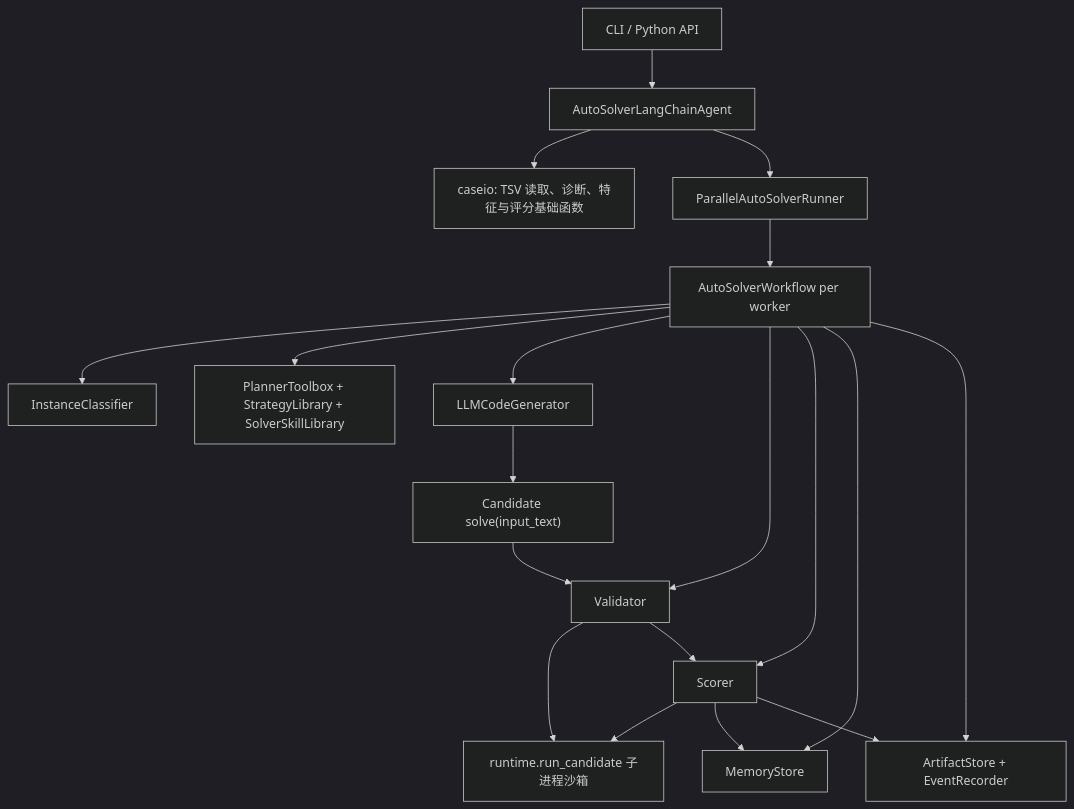
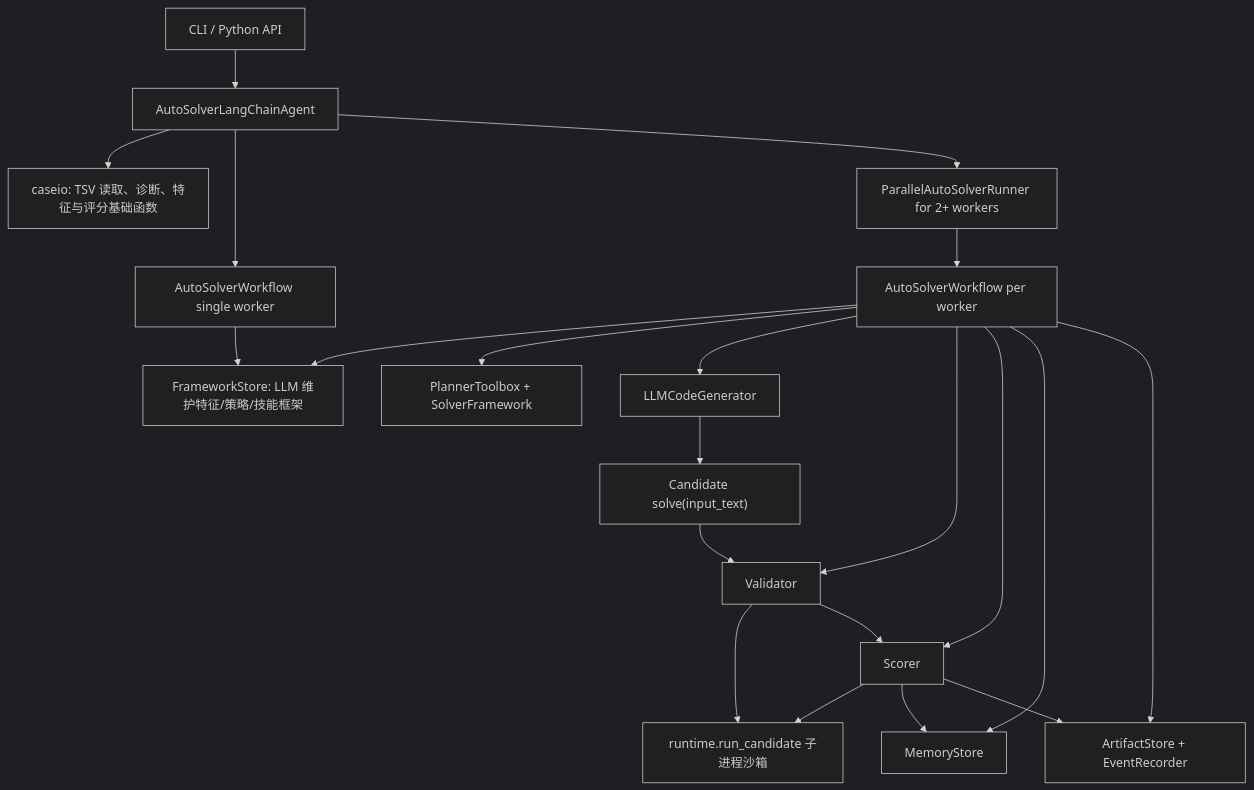
One commit to ling101w/AutoSolver changed the first of 2 diagrams in README_langchain_agent.md. Above: the diagram before and after it, drawn with Mermaid (dark theme). The commit also changed other lines of this file and 16 other files, not shown here.

````diff
--- a/README_langchain_agent.md
+++ b/README_langchain_agent.md
@@ -24,21 +24,23 @@
 ```mermaid
 flowchart TB
   CLI["CLI / Python API"] --> Agent["AutoSolverLangChainAgent"]
   Agent --> CaseIO["caseio: TSV 读取、诊断、特征与评分基础函数"]
-  Agent --> Parallel["ParallelAutoSolverRunner"]
+  Agent --> Single["AutoSolverWorkflow single worker"]
+  Agent --> Parallel["ParallelAutoSolverRunner for 2+ workers"]
   Parallel --> Workflow["AutoSolverWorkflow per worker"]
-  Workflow --> Classifier["InstanceClassifier"]
-  Workflow --> Planner["PlannerToolbox + StrategyLibrary + SolverSkillLibrary"]
+  Single --> Framework["FrameworkStore: LLM 维护特征/策略/技能框架"]
+  Workflow --> Framework["FrameworkStore: LLM 维护特征/策略/技能框架"]
+  Workflow --> Planner["PlannerToolbox + SolverFramework"]
   Workflow --> LLM["LLMCodeGenerator"]
   Workflow --> Validator["Validator"]
   Workflow --> Scorer["Scorer"]
   Workflow --> Memory["MemoryStore"]
   Workflow --> Artifacts["ArtifactStore + EventRecorder"]
   Validator --> Runtime["runtime.run_candidate 子进程沙箱"]
   Scorer --> Runtime
   LLM --> Candidate["Candidate solve(input_text)"]
   Candidate --> Validator
   Validator --> Scorer
   Scorer --> Memory
   Scorer --> Artifacts
 ```
````
